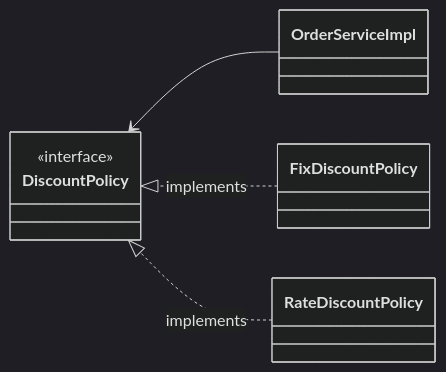
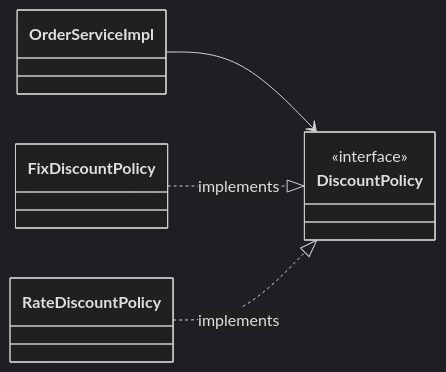
One commit to choiexe1/blog changed the first of 2 diagrams in content/Resources/프로그래밍/Java/3. Spring/1. 기본/스프링 핵심 원리 1. 예제 만들기.md. Above: the diagram before and after it, drawn with Mermaid (dark theme). The commit also changed other lines of this file, not shown here.

````diff
--- a/content/Resources/프로그래밍/Java/3. Spring/1. 기본/스프링 핵심 원리 1. 예제 만들기.md
+++ b/content/Resources/프로그래밍/Java/3. Spring/1. 기본/스프링 핵심 원리 1. 예제 만들기.md
@@ -221,11 +221,11 @@
 ```mermaid
 classDiagram-v2
-direction RL
+direction LR
 class OrderServiceImpl
 class FixDiscountPolicy
 class RateDiscountPolicy
 class DiscountPolicy { <<interface>> }
 OrderServiceImpl --> DiscountPolicy 
 FixDiscountPolicy ..|> DiscountPolicy : implements 
 RateDiscountPolicy ..|> DiscountPolicy : implements
 ```
````
